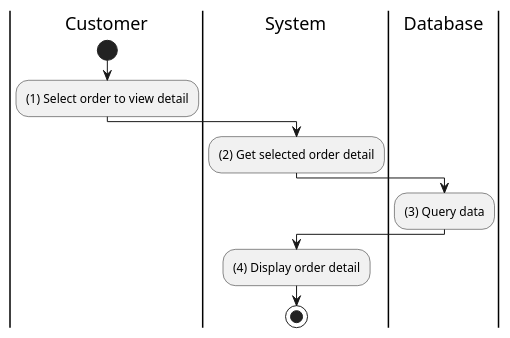
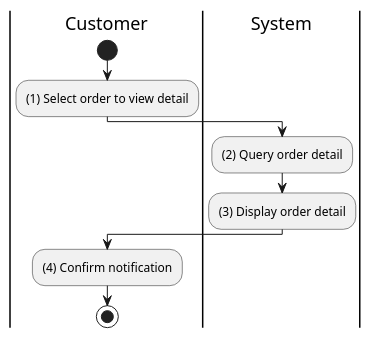
One commit to electricilies/electricilies.github.io changed the diagram in docs/software-docs/activity/view-order/view-order-detail.md. Above: the diagram before and after it, drawn with PlantUML. The commit also changed 47 other files, not shown here.

````diff
--- a/docs/software-docs/activity/view-order/view-order-detail.md
+++ b/docs/software-docs/activity/view-order/view-order-detail.md
@@ -3,19 +3,16 @@
 ```plantuml
 @startuml
 |C|Customer
 |S|System
-|D|Database
 
 |C|
 start
 :(1) Select order to view detail;
 |S|
-:(2) Get selected order detail;
-|D|
-:(3) Query data;
-|S|
-:(4) Display order detail;
+:(2) Query order detail;
+:(3) Display order detail;
+|C|
+:(4) Confirm notification;
 stop
-
 @enduml
 ```
````
